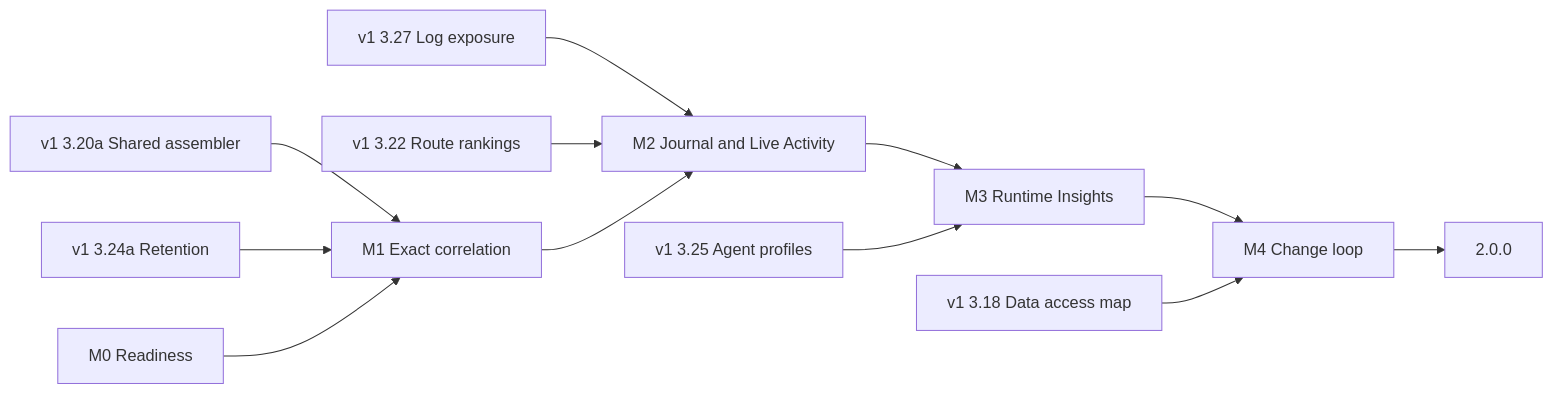
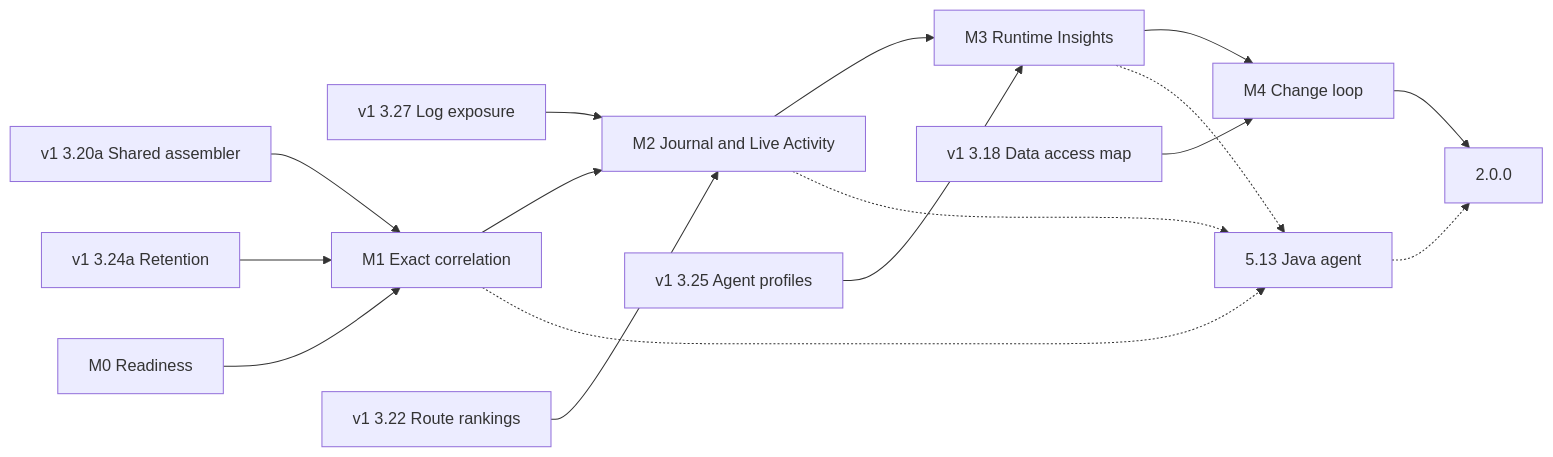
Before and after one commit to jdubois/boot-ui: the first of 2 diagrams in docs/PLAN-v2.md, drawn with Mermaid. The commit also changed other lines of this file, not shown here.

Commit message:
docs(plan-v2): plan an optional Java agent as §5.13

````diff
--- a/docs/PLAN-v2.md
+++ b/docs/PLAN-v2.md
@@ -217,14 +221,18 @@
 ```mermaid
 graph LR
   W0["v1 3.27 Log exposure"] --> M2
   W1a["v1 3.20a Shared assembler"] --> M1
   W1b["v1 3.24a Retention"] --> M1
   W1c["v1 3.22 Route rankings"] --> M2
   M0["M0 Readiness"] --> M1["M1 Exact correlation"]
   M1 --> M2["M2 Journal and Live Activity"]
   M2 --> M3["M3 Runtime Insights"]
   W2a["v1 3.25 Agent profiles"] --> M3
   M3 --> M4["M4 Change loop"]
   W2b["v1 3.18 Data access map"] --> M4
   M4 --> R["2.0.0"]
+  M1 -.-> JA["5.13 Java agent"]
+  M2 -.-> JA
+  M3 -.-> JA
+  JA -.-> R
 ```
````
